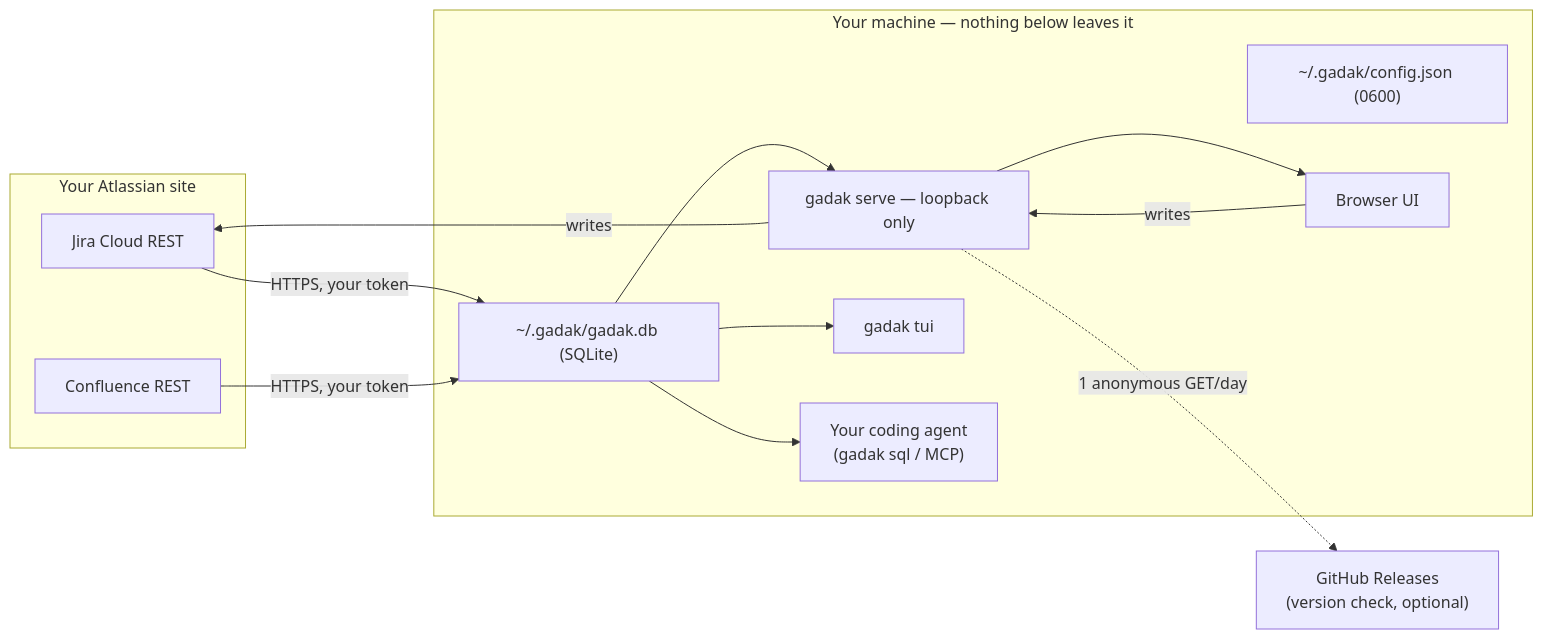
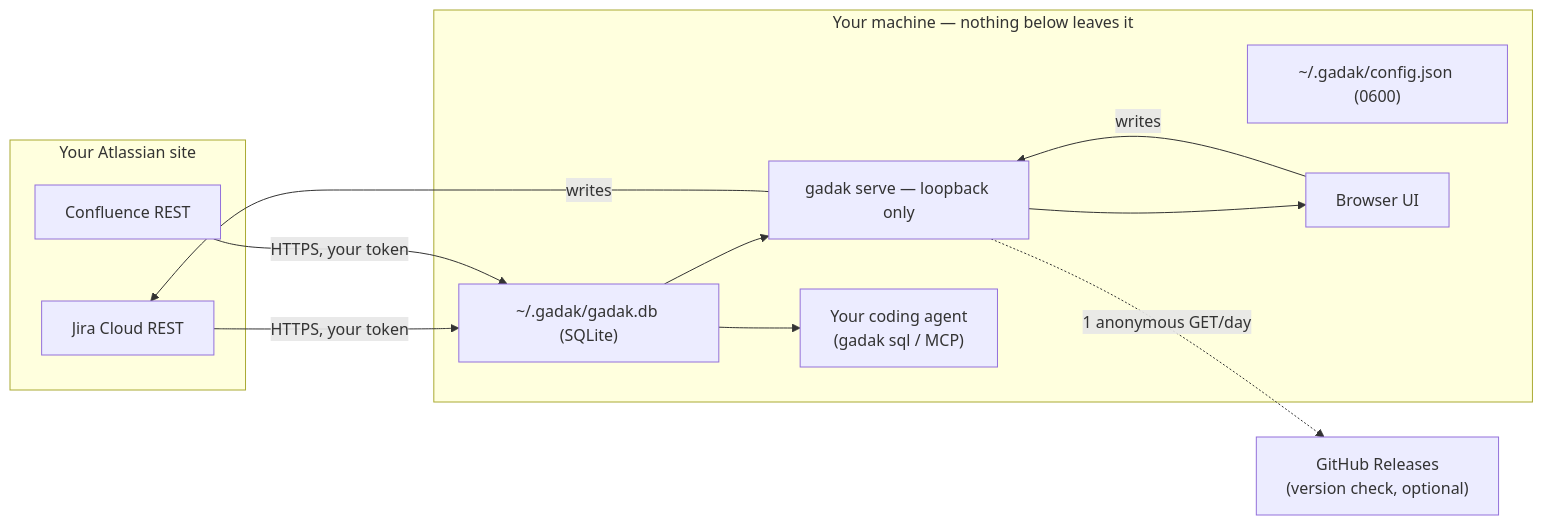
The diagram in SECURITY.md (midagedev/gadak), drawn with Mermaid before and after one commit. The commit also changed other lines of this file and 111 other files, not shown here.

````diff
--- a/SECURITY.md
+++ b/SECURITY.md
@@ -69,23 +69,21 @@
 ```mermaid
 flowchart LR
   subgraph internet [Your Atlassian site]
     Jira["Jira Cloud REST"]
     Wiki["Confluence REST"]
   end
   subgraph machine [Your machine — nothing below leaves it]
     DB["~/.gadak/gadak.db (SQLite)"]
     CFG["~/.gadak/config.json (0600)"]
     Serve["gadak serve — loopback only"]
     UI["Browser UI"]
-    TUI["gadak tui"]
     Agent["Your coding agent<br/>(gadak sql / MCP)"]
   end
   GH["GitHub Releases<br/>(version check, optional)"]
   Jira -->|"HTTPS, your token"| DB
   Wiki -->|"HTTPS, your token"| DB
   DB --> Serve --> UI
-  DB --> TUI
   DB --> Agent
   UI -->|"writes"| Serve -->|"writes"| Jira
   Serve -.->|"1 anonymous GET/day"| GH
 ```
````
